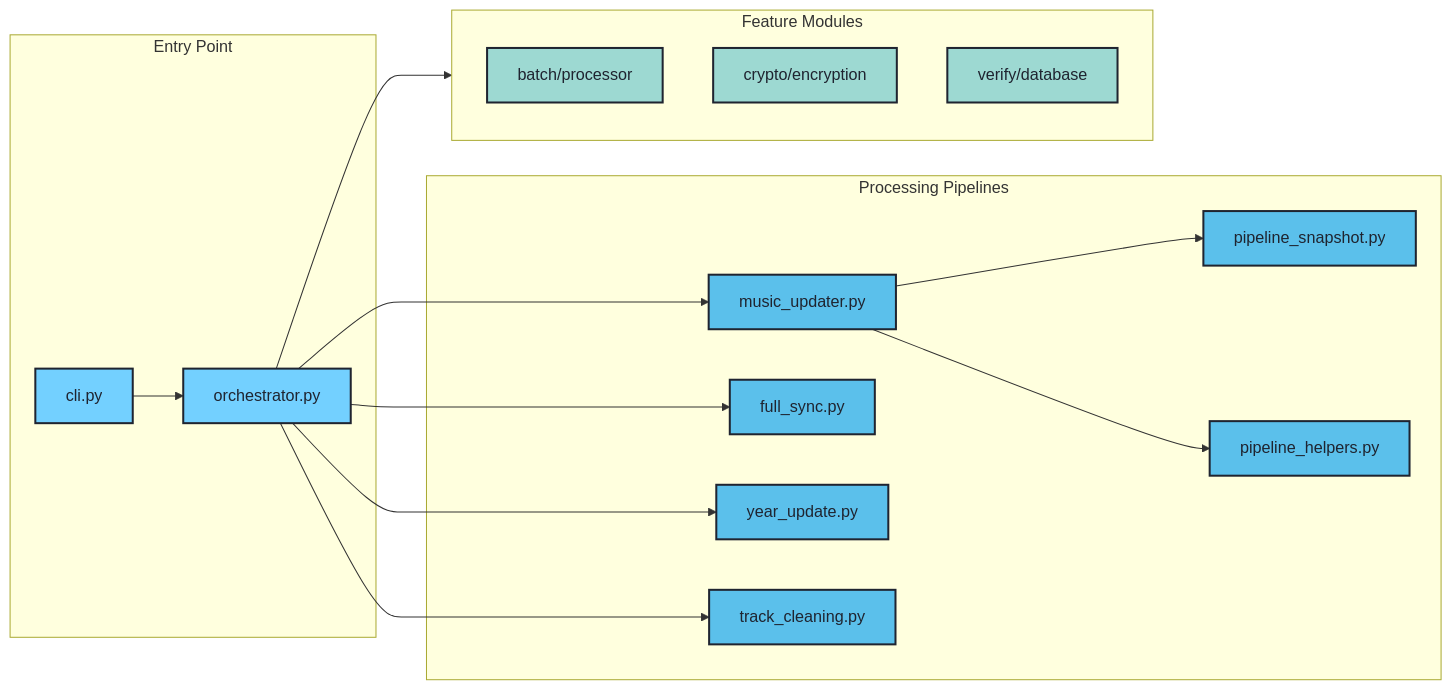
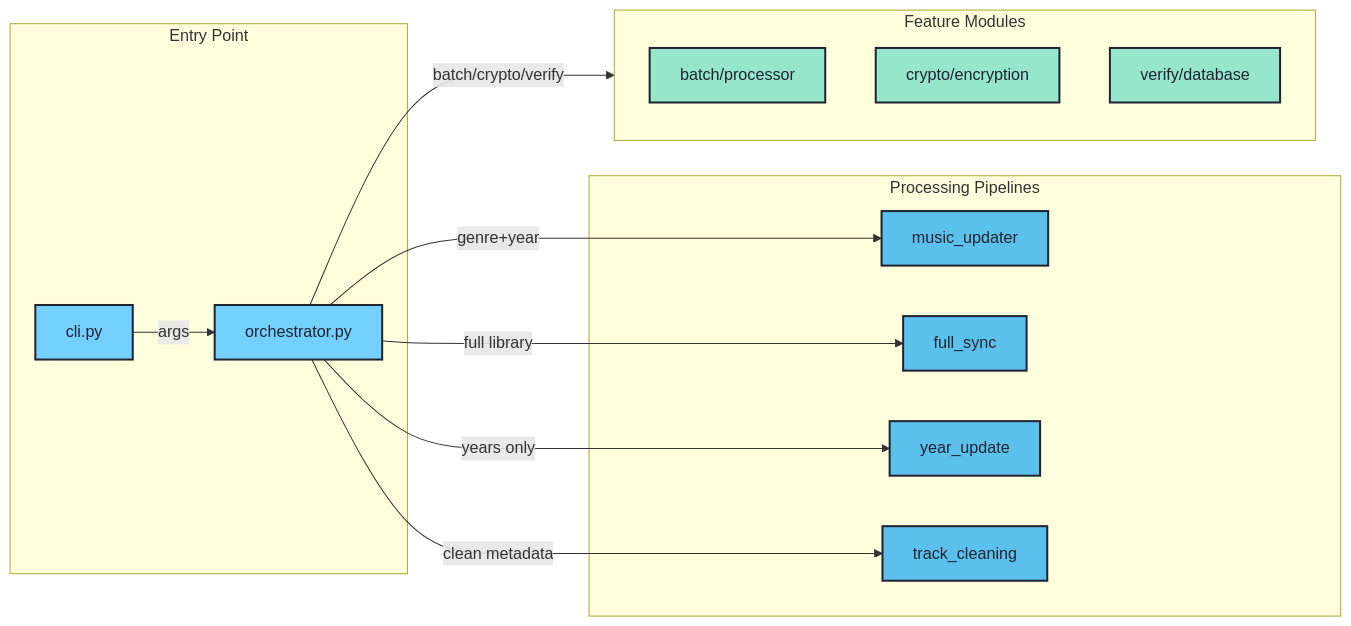
One commit to barad1tos/GenreUpdater changed the fifth of 8 diagrams in README.md. Above: the diagram before and after it, drawn with Mermaid. The commit also changed other lines of this file, not shown here.

First line of the commit message:
docs(readme): C4-style architecture diagrams

````diff
--- a/README.md
+++ b/README.md
@@ -378,38 +482,34 @@
 ```mermaid
 graph LR
     subgraph Entry["Entry Point"]
         CLI[cli.py]
         Orch[orchestrator.py]
     end
 
     subgraph Pipelines["Processing Pipelines"]
-        MU[music_updater.py]
-        FS[full_sync.py]
-        YU[year_update.py]
-        TC[track_cleaning.py]
-        PS[pipeline_snapshot.py]
-        PH[pipeline_helpers.py]
+        MU[music_updater]
+        FS[full_sync]
+        YU[year_update]
+        TC[track_cleaning]
     end
 
     subgraph Features["Feature Modules"]
         Batch[batch/processor]
         Crypto[crypto/encryption]
         Verify[verify/database]
     end
 
-    CLI --> Orch
-    Orch --> MU
-    Orch --> FS
-    Orch --> YU
-    Orch --> TC
-    Orch --> Features
-    MU --> PS
-    MU --> PH
+    CLI -->|args| Orch
+    Orch -->|genre+year| MU
+    Orch -->|full library| FS
+    Orch -->|years only| YU
+    Orch -->|clean metadata| TC
+    Orch -->|batch/crypto/verify| Features
 
     classDef entry fill:#73D0FF,stroke:#1F2430,stroke-width:2px,color:#1F2430
     classDef pipeline fill:#5BC0EB,stroke:#1F2430,stroke-width:2px,color:#1F2430
-    classDef feature fill:#9DD9D2,stroke:#1F2430,stroke-width:2px,color:#1F2430
+    classDef feature fill:#95E6CB,stroke:#1F2430,stroke-width:2px,color:#1F2430
     class CLI,Orch entry
-    class MU,FS,YU,TC,PS,PH pipeline
+    class MU,FS,YU,TC pipeline
     class Batch,Crypto,Verify feature
 ```
````
